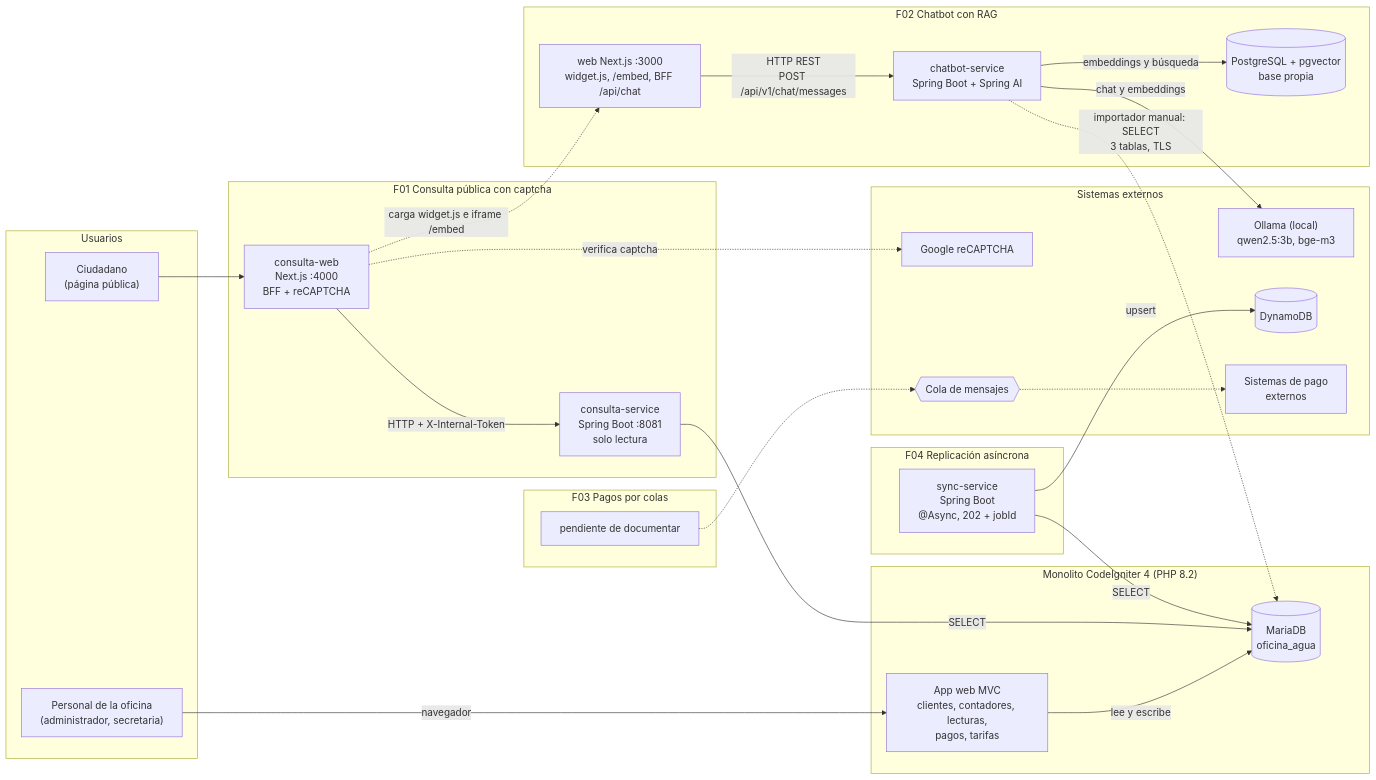
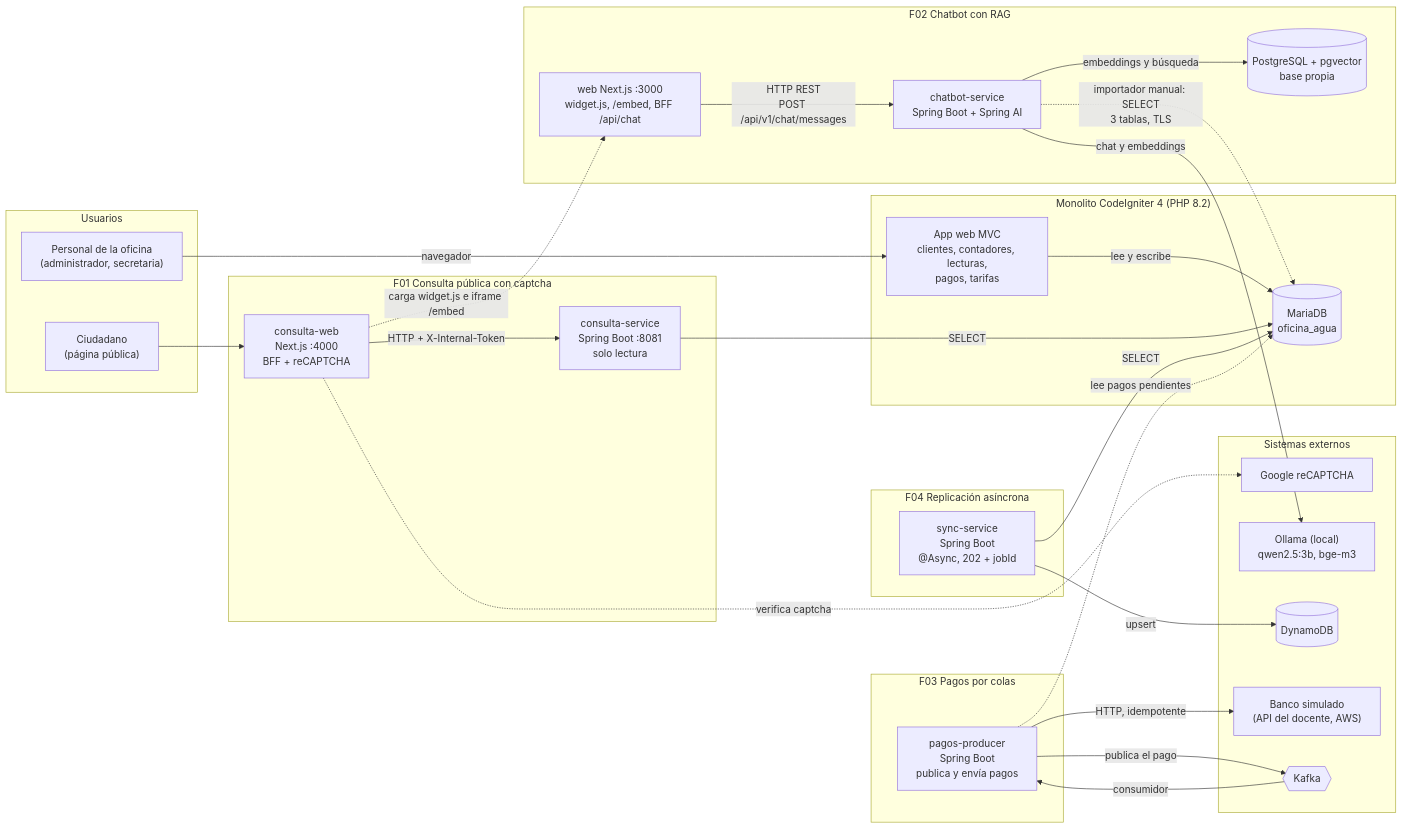
The diagram in docs/arquitectura-solucion.mmd (Dany164/oficina-agua-f02-chatbot-rag), drawn with Mermaid before and after one commit. The commit also changed 1 other file, not shown here.

Commit message:
docs(f02): add the F03 payment flow to the solution diagram
Shows pagos-producer reading pending payments, publishing to Kafka and sending the payments to the simulated bank.

```diff
--- a/docs/arquitectura-solucion.mmd
+++ b/docs/arquitectura-solucion.mmd
@@ -1,53 +1,55 @@
 flowchart LR
   subgraph USR["Usuarios"]
     ADM["Personal de la oficina<br/>(administrador, secretaria)"]
     CIU["Ciudadano<br/>(página pública)"]
   end
 
   subgraph MONO["Monolito CodeIgniter 4 (PHP 8.2)"]
     CI["App web MVC<br/>clientes, contadores, lecturas,<br/>pagos, tarifas"]
     MDB[("MariaDB<br/>oficina_agua")]
     CI -->|"lee y escribe"| MDB
   end
 
   subgraph F01["F01 Consulta pública con captcha"]
     W1["consulta-web<br/>Next.js :4000<br/>BFF + reCAPTCHA"]
     S1["consulta-service<br/>Spring Boot :8081<br/>solo lectura"]
     W1 -->|"HTTP + X-Internal-Token"| S1
   end
 
   subgraph F02["F02 Chatbot con RAG"]
     W2["web Next.js :3000<br/>widget.js, /embed, BFF /api/chat"]
     B2["chatbot-service<br/>Spring Boot + Spring AI"]
     PG[("PostgreSQL + pgvector<br/>base propia")]
     W2 -->|"HTTP REST<br/>POST /api/v1/chat/messages"| B2
     B2 -->|"embeddings y búsqueda"| PG
   end
 
   subgraph F04["F04 Replicación asíncrona"]
     S4["sync-service<br/>Spring Boot<br/>@Async, 202 + jobId"]
   end
 
   subgraph F03["F03 Pagos por colas"]
-    P3["pendiente de documentar"]
+    P3["pagos-producer<br/>Spring Boot<br/>publica y envía pagos"]
   end
 
   subgraph EXT["Sistemas externos"]
     GR["Google reCAPTCHA"]
     OL["Ollama (local)<br/>qwen2.5:3b, bge-m3"]
     DDB[("DynamoDB")]
-    PAY["Sistemas de pago<br/>externos"]
-    Q{{"Cola de mensajes"}}
+    BANK["Banco simulado<br/>(API del docente, AWS)"]
+    Q{{"Kafka"}}
   end
 
   ADM -->|"navegador"| CI
   CIU --> W1
   W1 -.->|"verifica captcha"| GR
   W1 -.->|"carga widget.js e iframe /embed"| W2
   S1 -->|"SELECT"| MDB
   B2 -->|"chat y embeddings"| OL
   B2 -.->|"importador manual: SELECT<br/>3 tablas, TLS"| MDB
   S4 -->|"SELECT"| MDB
   S4 -->|"upsert"| DDB
-  P3 -.-> Q
-  Q -.-> PAY
+  P3 -.->|"lee pagos pendientes"| MDB
+  P3 -->|"publica el pago"| Q
+  Q -->|"consumidor"| P3
+  P3 -->|"HTTP, idempotente"| BANK
```
